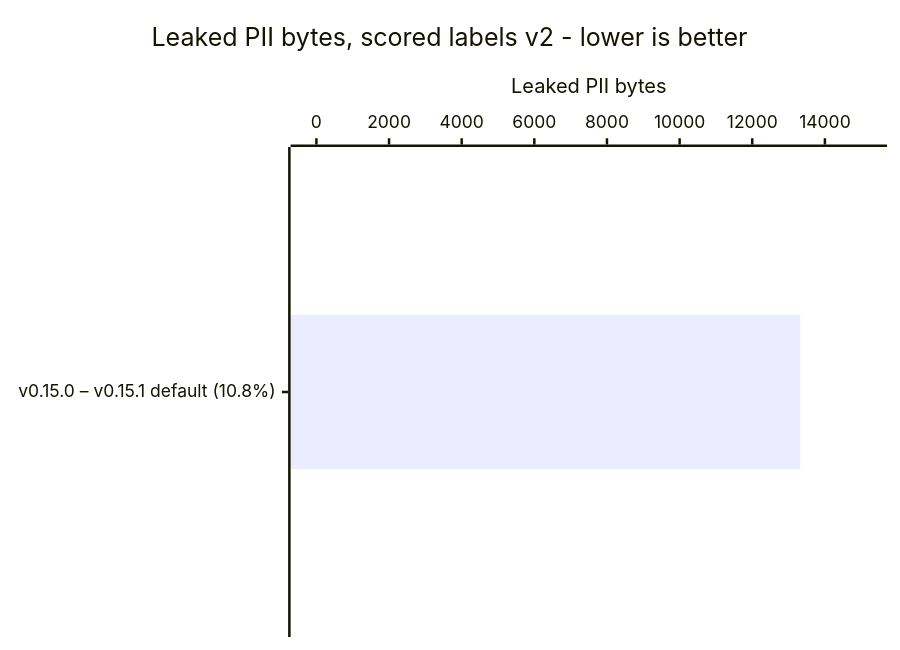
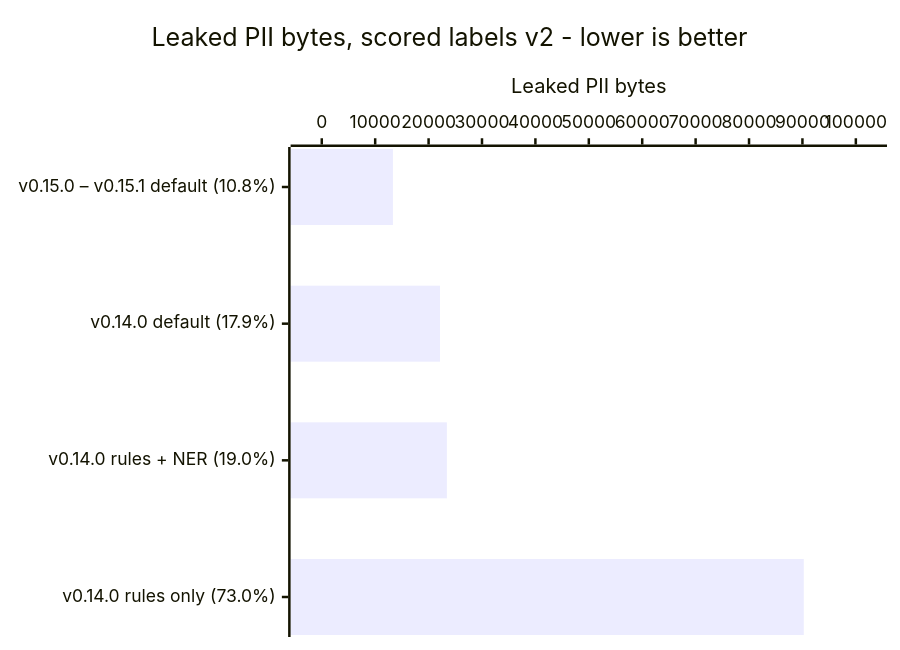
The first of 2 diagrams in README.md (CertaMesh/gaze), drawn with Mermaid before and after one commit. The commit also changed other lines of this file and 6 other files, not shown here.

````diff
--- a/README.md
+++ b/README.md
@@ -34,7 +34,7 @@
 ```mermaid
 xychart-beta horizontal
     title "Leaked PII bytes, scored labels v2 - lower is better"
-    x-axis ["v0.15.0 – v0.15.1 default (10.8%)"]
-    y-axis "Leaked PII bytes" 0 --> 15000
-    bar [13319]
+    x-axis ["v0.15.0 – v0.15.1 default (10.8%)", "v0.14.0 default (17.9%)", "v0.14.0 rules + NER (19.0%)", "v0.14.0 rules only (73.0%)"]
+    y-axis "Leaked PII bytes" 0 --> 100000
+    bar [13319, 22144, 23428, 90253]
 ```
````
